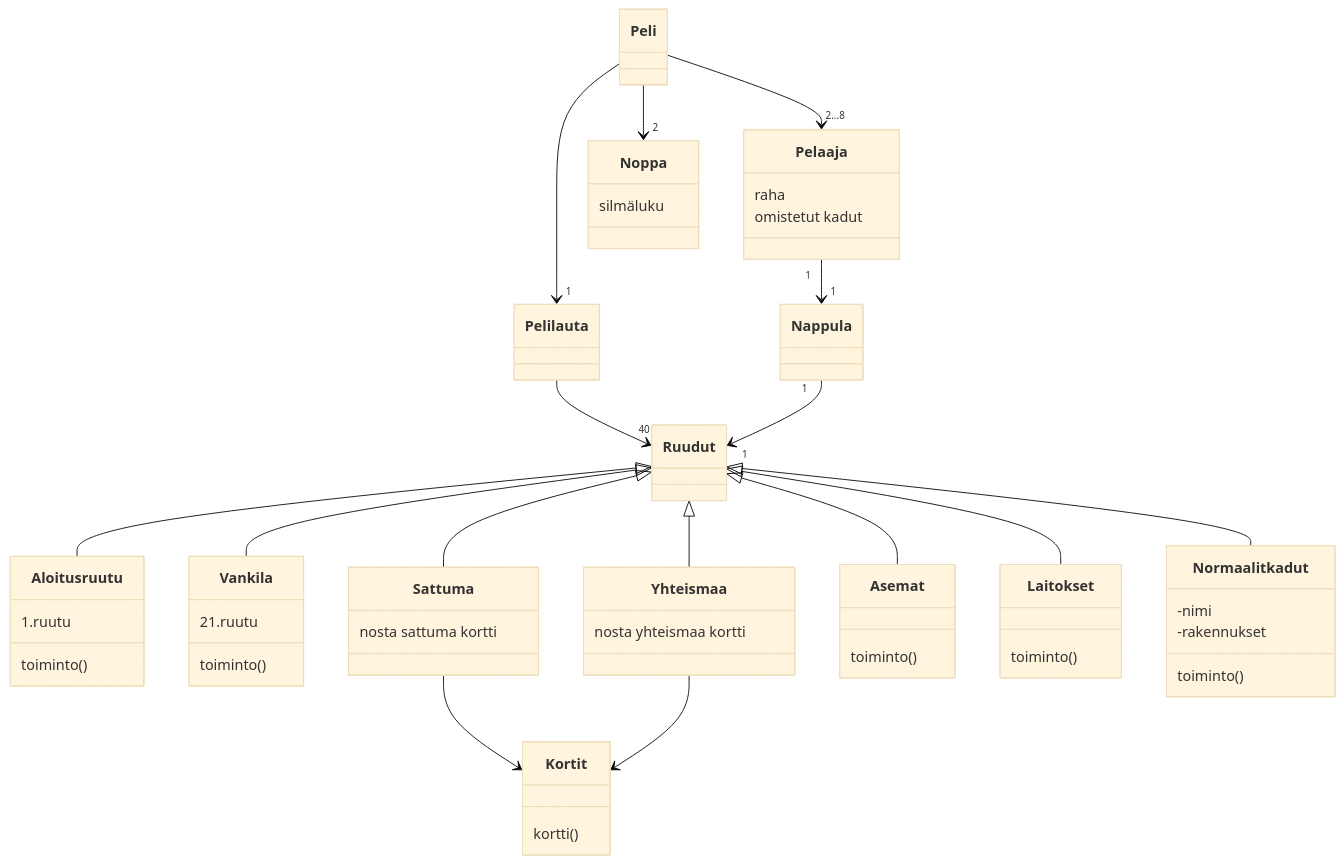
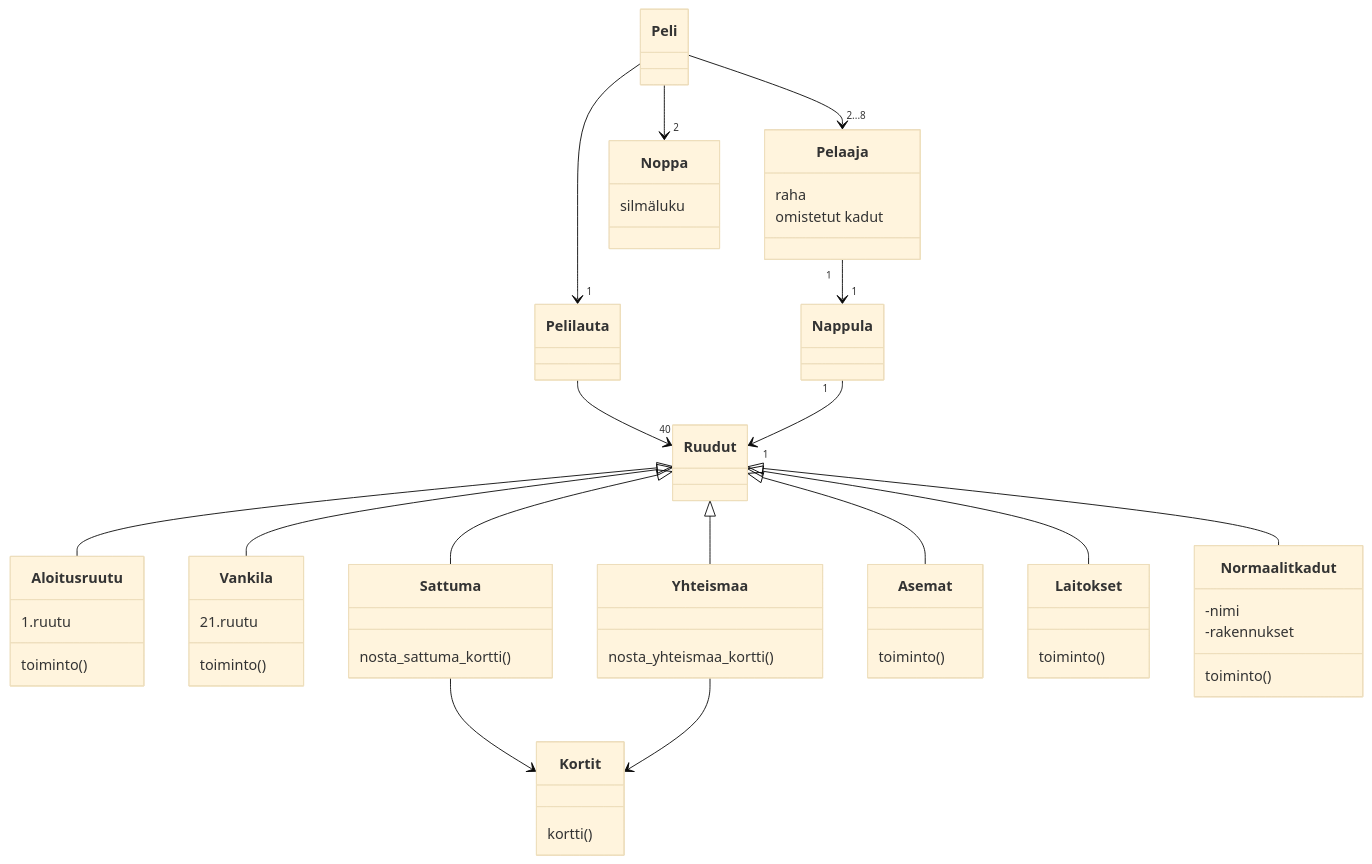
The diagram in laskarit/viikko3/monopoli2.md (Aaltonenn/ot-harjoitustyo), drawn with Mermaid (base theme) before and after one commit.

````diff
--- a/laskarit/viikko3/monopoli2.md
+++ b/laskarit/viikko3/monopoli2.md
@@ -3,66 +3,66 @@
 ```mermaid
  classDiagram
       Peli --> "2...8" Pelaaja
       Peli --> "1" Pelilauta
       Peli --> "2" Noppa
       Pelaaja "1" --> "1" Nappula
       Pelilauta --> "40" Ruudut
       Nappula "1" --> "1" Ruudut
       Ruudut <|-- Aloitusruutu
       Ruudut <|-- Vankila
       Ruudut <|-- Sattuma
       Ruudut <|-- Yhteismaa
       Ruudut <|-- Asemat
       Ruudut <|-- Laitokset
       Ruudut <|-- Normaalit kadut
       Sattuma --> Kortit
       Yhteismaa --> Kortit
 
 
 
       class Pelaaja{
       raha
       omistetut kadut
       }
       class Pelilauta{
       }
       class Peli{
       }
       class Noppa{
       silmäluku
       }
       class Nappula{
       }
       class Ruudut{
       }
       class Aloitusruutu{
       1.ruutu
       toiminto()
       }
       class Vankila{
       21.ruutu
       toiminto()
       }
       class Sattuma{
-      nosta sattuma kortti
+      nosta_sattuma_kortti()
       }
       class Yhteismaa{
-      nosta yhteismaa kortti
+      nosta_yhteismaa_kortti()
       }
       class Asemat{
       toiminto()
       }
       class Laitokset{
       toiminto()
       }
       class Normaalit kadut{
       -nimi
       toiminto()
       -rakennukset
       }
       class Kortit{
       kortti()
       }
 
 
 ```
````
